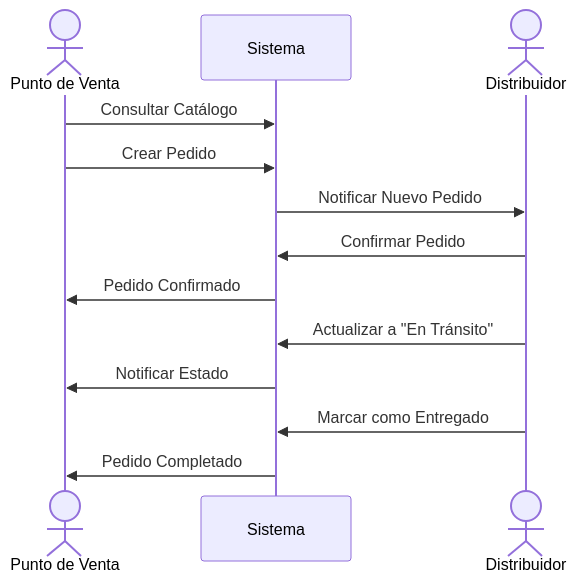
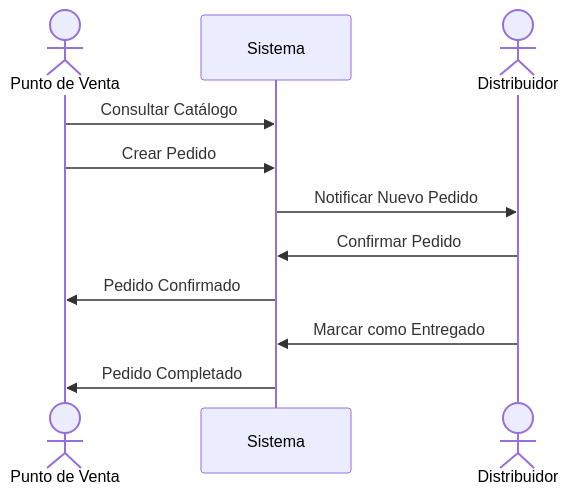
Before and after one commit to ingnlema/Conaprole: the third of 3 diagrams in docs/architecture/casos-de-uso/casos-uso-general.md, drawn with Mermaid. The commit also changed other lines of this file, not shown here.

````diff
--- a/docs/architecture/casos-de-uso/casos-uso-general.md
+++ b/docs/architecture/casos-de-uso/casos-uso-general.md
@@ -187,19 +181,17 @@
 ```mermaid
 sequenceDiagram
     actor PdV as Punto de Venta
     participant SYS as Sistema
     actor Dist as Distribuidor
     
     PdV->>SYS: Consultar Catálogo
     PdV->>SYS: Crear Pedido
     SYS->>Dist: Notificar Nuevo Pedido
     
     Dist->>SYS: Confirmar Pedido
     SYS->>PdV: Pedido Confirmado
     
-    Dist->>SYS: Actualizar a "En Tránsito"
-    SYS->>PdV: Notificar Estado
     
     Dist->>SYS: Marcar como Entregado
     SYS->>PdV: Pedido Completado
 ```
````
